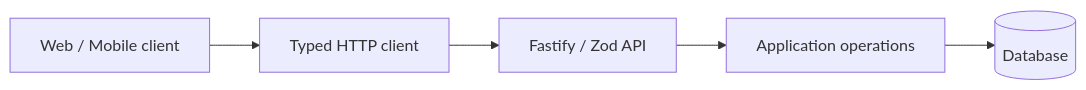
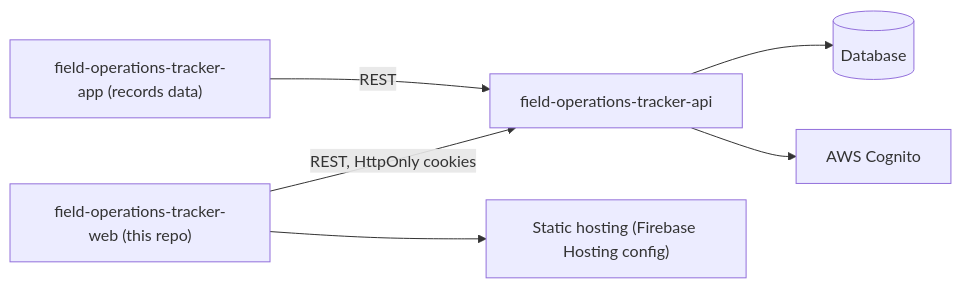
Before and after one commit to mkwitko/field-operations-tracker-web: the first of 2 diagrams in README.md, drawn with Mermaid. The commit also changed other lines of this file and 10 other files, not shown here.

````diff
--- a/README.md
+++ b/README.md
@@ -13,7 +18,8 @@
 ```mermaid
 flowchart LR
-  UI["Web / Mobile client"] --> Client["Typed HTTP client"]
-  Client --> API["Fastify / Zod API"]
-  API --> Logic["Application operations"]
-  Logic --> DB[("Database")]
+  Mobile["field-operations-tracker-app (records data)"] -->|REST| API["field-operations-tracker-api"]
+  Web["field-operations-tracker-web (this repo)"] -->|"REST, HttpOnly cookies"| API
+  API --> DB[(Database)]
+  API --> Cognito[AWS Cognito]
+  Web --> Hosting["Static hosting (Firebase Hosting config)"]
 ```
````
